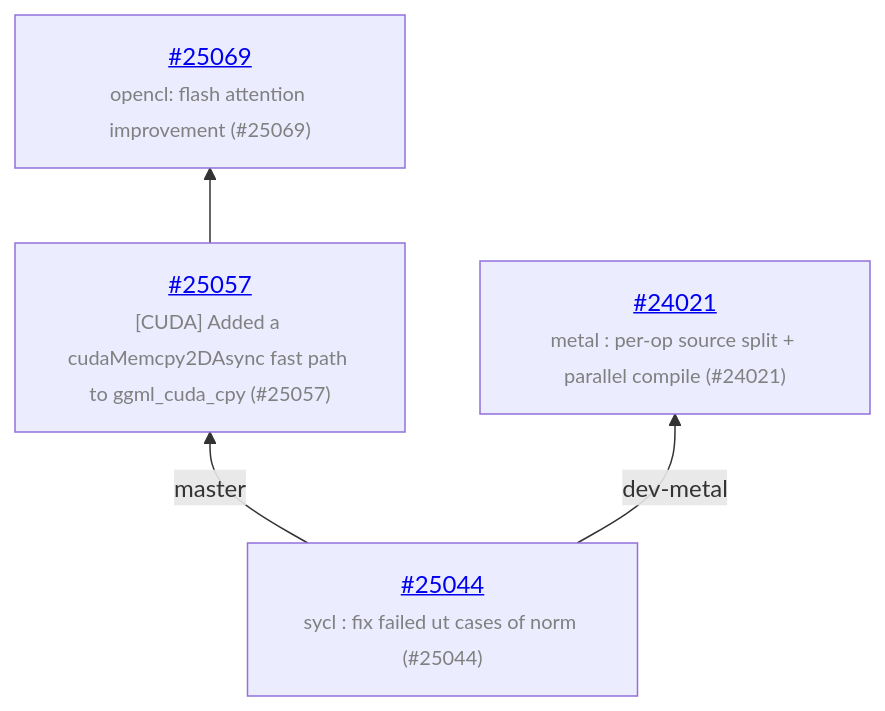
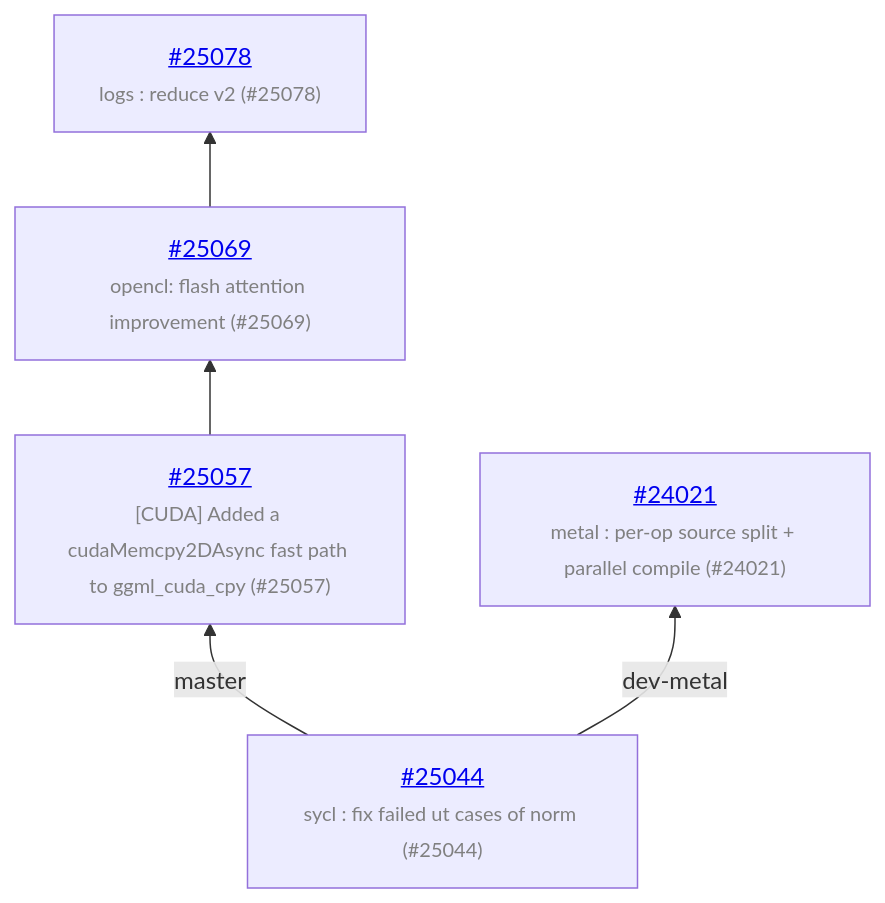
Before and after one commit to ggml-org/llama.cpp-dev: the diagram in README.md, drawn with Mermaid. The commit also changed other lines of this file and 1 other file, not shown here.

Commit message:
auto: update

````diff
--- a/README.md
+++ b/README.md
@@ -13,10 +13,12 @@
 ```mermaid
 graph BT
     COMMON["<a href='https://github.com/ggml-org/llama.cpp/pull/25044'>#25044</a><br/><span style='font-size:smaller;color:gray'>sycl : fix failed ut cases of norm (#25044)</span>"]
     COMMON -->|master| C_0ed235e
     C_0ed235e["<a href='https://github.com/ggml-org/llama.cpp/pull/25057'>#25057</a><br/><span style='font-size:smaller;color:gray'>[CUDA] Added a cudaMemcpy2DAsync fast path to ggml_cuda_cpy (#25057)</span>"]
     C_0ed235e --> C_ebd048f
     C_ebd048f["<a href='https://github.com/ggml-org/llama.cpp/pull/25069'>#25069</a><br/><span style='font-size:smaller;color:gray'>opencl: flash attention improvement (#25069)</span>"]
+    C_ebd048f --> C_27c8bb4
+    C_27c8bb4["<a href='https://github.com/ggml-org/llama.cpp/pull/25078'>#25078</a><br/><span style='font-size:smaller;color:gray'>logs : reduce v2 (#25078)</span>"]
     COMMON -->|dev-metal| C_f7c1df6
     C_f7c1df6["<a href='https://github.com/ggml-org/llama.cpp/pull/24021'>#24021</a><br/><span style='font-size:smaller;color:gray'>metal : per-op source split + parallel compile (#24021)</span>"]
 ```
````
